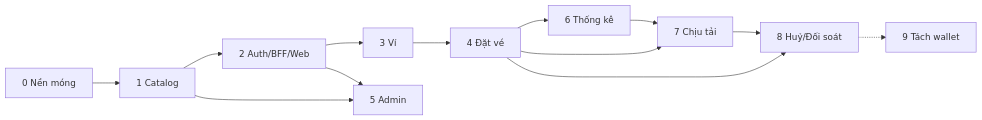
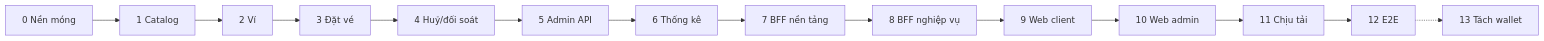
Before and after one commit to toanmai8195/jarvis: the diagram in com/tm/docs/technical/planning/README.md, drawn with Mermaid. The commit also changed other lines of this file and 222 other files, not shown here.

````diff
--- a/com/tm/docs/technical/planning/README.md
+++ b/com/tm/docs/technical/planning/README.md
@@ -44,15 +59,8 @@
 ```mermaid
 flowchart LR
-    P0[0 Nền móng] --> P1[1 Catalog]
-    P1 --> P2[2 Auth/BFF/Web]
-    P2 --> P3[3 Ví]
-    P3 --> P4[4 Đặt vé]
-    P1 --> P5[5 Admin]
-    P2 --> P5
-    P4 --> P6[6 Thống kê]
-    P4 --> P7[7 Chịu tải]
-    P6 --> P7
-    P4 --> P8[8 Huỷ/Đối soát]
-    P7 --> P8
-    P8 -.-> P9[9 Tách wallet]
+    P0[0 Nền móng] --> P1[1 Catalog] --> P2[2 Ví] --> P3[3 Đặt vé] --> P4[4 Huỷ/đối soát] --> P5[5 Admin API] --> P6[6 Thống kê]
+    P6 --> P7[7 BFF nền tảng] --> P8[8 BFF nghiệp vụ]
+    P8 --> P9[9 Web client] --> P10[10 Web admin]
+    P10 --> P11[11 Chịu tải] --> P12[12 E2E]
+    P12 -.-> P13[13 Tách wallet]
 ```
````
